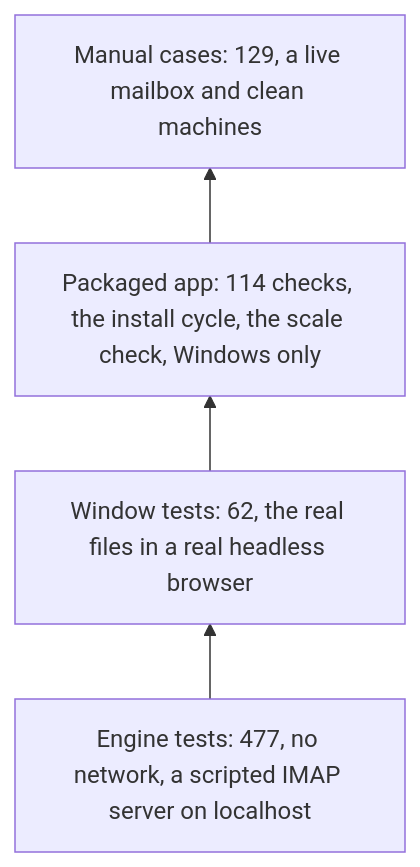
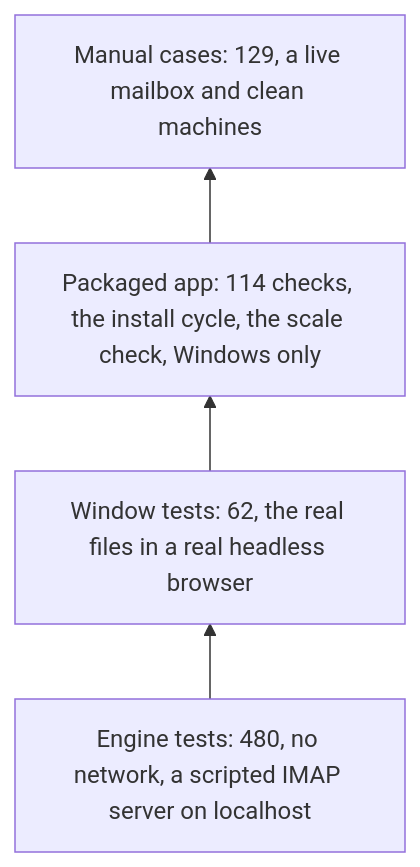
The first of 2 diagrams in docs/testing/strategy.md (SarangVehale/email-todolist), drawn with Mermaid before and after one commit. The commit also changed other lines of this file and 16 other files, not shown here.

````diff
--- a/docs/testing/strategy.md
+++ b/docs/testing/strategy.md
@@ -24,6 +24,6 @@
 ```mermaid
 flowchart BT
-    E["Engine tests: 477, no network, a scripted IMAP server on localhost"] --> W["Window tests: 62, the real files in a real headless browser"]
+    E["Engine tests: 480, no network, a scripted IMAP server on localhost"] --> W["Window tests: 62, the real files in a real headless browser"]
     W --> P["Packaged app: 114 checks, the install cycle, the scale check, Windows only"]
     P --> M["Manual cases: 129, a live mailbox and clean machines"]
 ```
````
